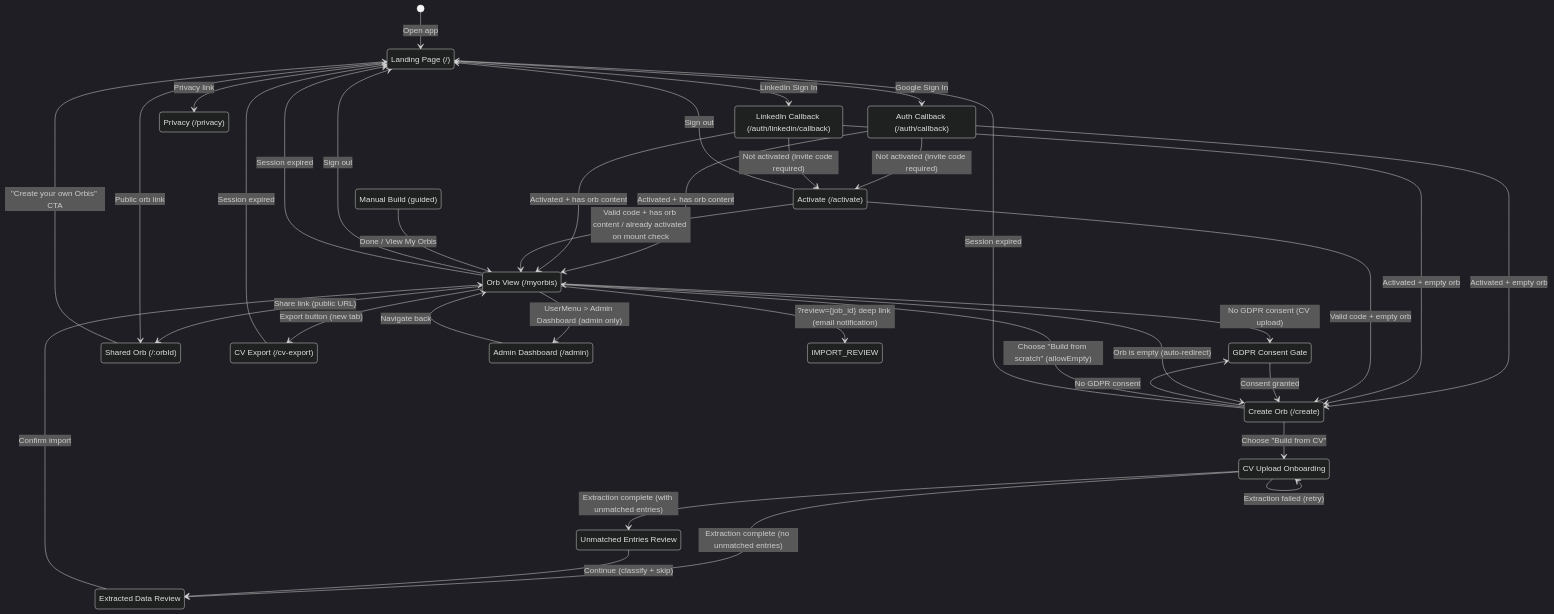
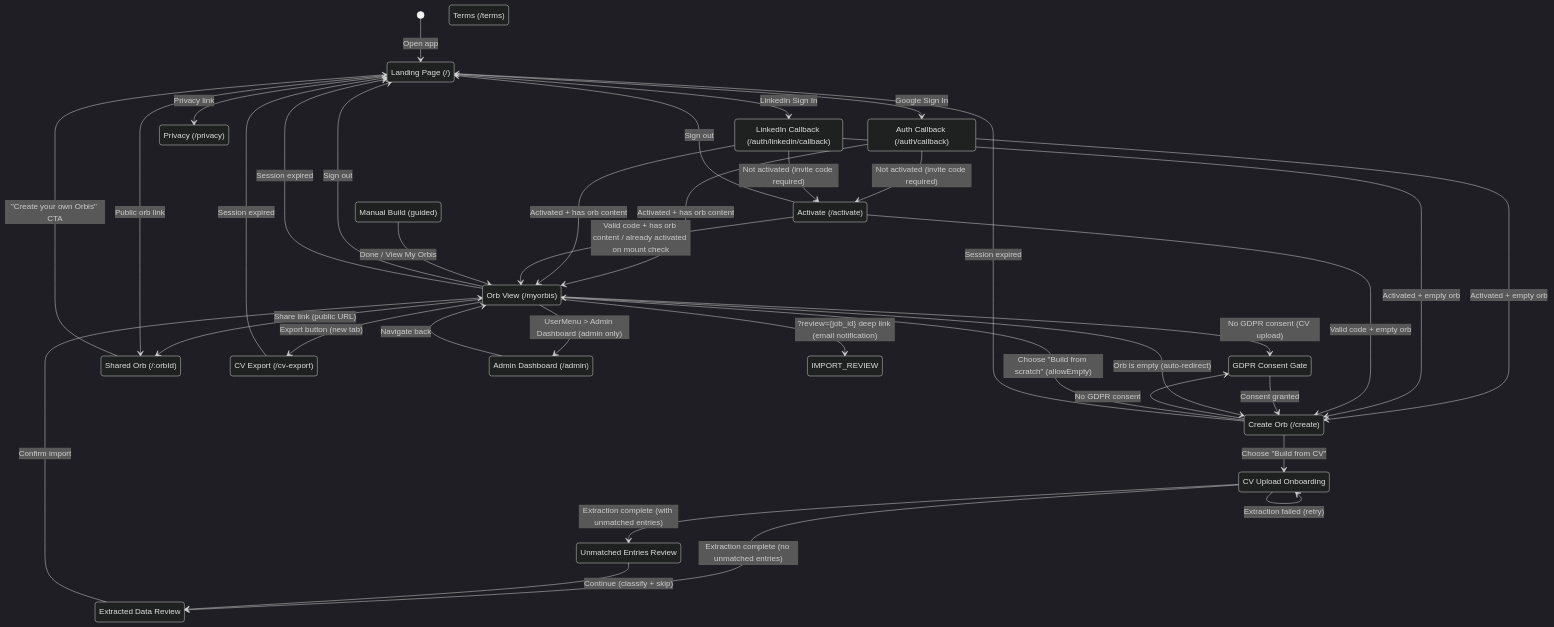
The first of 3 diagrams in docs/navigation-flow.md (open-orbis/open-orbis), drawn with Mermaid (dark theme) before and after one commit. The commit also changed other lines of this file and 1 other file, not shown here.

Commit message:
docs(nav): document /terms page state + back action

````diff
--- a/docs/navigation-flow.md
+++ b/docs/navigation-flow.md
@@ -19,74 +19,75 @@
 ```mermaid
 stateDiagram-v2
     [*] --> LANDING: Open app
 
     %% ── Authentication ──
     state "Landing Page (/)" as LANDING
     state "Auth Callback (/auth/callback)" as AUTH_CALLBACK
     state "LinkedIn Callback (/auth/linkedin/callback)" as LINKEDIN_CALLBACK
     state "GDPR Consent Gate" as CONSENT_GATE
     state "Create Orb (/create)" as CREATE
     state "CV Upload Onboarding" as CV_UPLOAD
     state "Unmatched Entries Review" as CV_UNMATCHED
     state "Extracted Data Review" as CV_REVIEW
     state "Manual Build (guided)" as MANUAL_BUILD
     state "Orb View (/myorbis)" as ORB_VIEW
     state "Shared Orb (/:orbId)" as SHARED_ORB
     state "CV Export (/cv-export)" as CV_EXPORT
     state "Privacy (/privacy)" as PRIVACY
+    state "Terms (/terms)" as TERMS
     state "Activate (/activate)" as ACTIVATION
     state "Admin Dashboard (/admin)" as ADMIN
 
     %% ── Auth flows ──
     LANDING --> AUTH_CALLBACK: Google Sign In
     LANDING --> LINKEDIN_CALLBACK: LinkedIn Sign In
     AUTH_CALLBACK --> ACTIVATION: Not activated (invite code required)
     AUTH_CALLBACK --> ORB_VIEW: Activated + has orb content
     AUTH_CALLBACK --> CREATE: Activated + empty orb
     LINKEDIN_CALLBACK --> ACTIVATION: Not activated (invite code required)
     LINKEDIN_CALLBACK --> ORB_VIEW: Activated + has orb content
     LINKEDIN_CALLBACK --> CREATE: Activated + empty orb
 
     %% ── Activation gate (closed beta) ──
     ACTIVATION --> ORB_VIEW: Valid code + has orb content / already activated on mount check
     ACTIVATION --> CREATE: Valid code + empty orb
     ACTIVATION --> LANDING: Sign out
 
     %% ── Admin dashboard ──
     ORB_VIEW --> ADMIN: UserMenu > Admin Dashboard (admin only)
     ADMIN --> ORB_VIEW: Navigate back
 
     %% ── Connected AI modal (overlays ORB_VIEW; no route change) ──
 
     %% ── Consent gate ──
     CREATE --> CONSENT_GATE: No GDPR consent
     CONSENT_GATE --> CREATE: Consent granted
     ORB_VIEW --> CONSENT_GATE: No GDPR consent (CV upload)
 
     %% ── Create flows ──
     CREATE --> CV_UPLOAD: Choose "Build from CV"
     CREATE --> ORB_VIEW: Choose "Build from scratch" (allowEmpty)
     CV_UPLOAD --> CV_UNMATCHED: Extraction complete (with unmatched entries)
     CV_UPLOAD --> CV_REVIEW: Extraction complete (no unmatched entries)
     CV_UNMATCHED --> CV_REVIEW: Continue (classify + skip)
     CV_REVIEW --> ORB_VIEW: Confirm import
     CV_UPLOAD --> CV_UPLOAD: Extraction failed (retry)
     MANUAL_BUILD --> ORB_VIEW: Done / View My Orbis
 
     %% ── Orb View navigation ──
     ORB_VIEW --> CV_EXPORT: Export button (new tab)
     ORB_VIEW --> SHARED_ORB: Share link (public URL)
     ORB_VIEW --> CREATE: Orb is empty (auto-redirect)
     ORB_VIEW --> LANDING: Sign out
     ORB_VIEW --> IMPORT_REVIEW: ?review={job_id} deep link (email notification)
 
     %% ── Public pages ──
     LANDING --> PRIVACY: Privacy link
     LANDING --> SHARED_ORB: Public orb link
     SHARED_ORB --> LANDING: "Create your own Orbis" CTA
 
     %% ── Session expiry ──
     ORB_VIEW --> LANDING: Session expired
     CREATE --> LANDING: Session expired
     CV_EXPORT --> LANDING: Session expired
 ```
````
